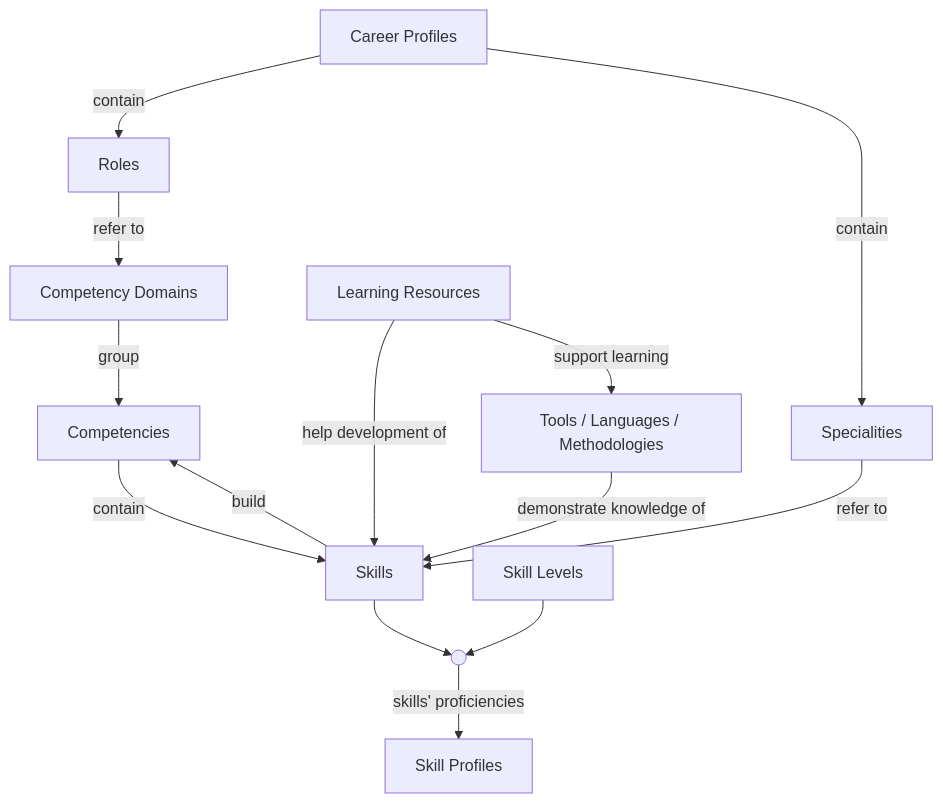
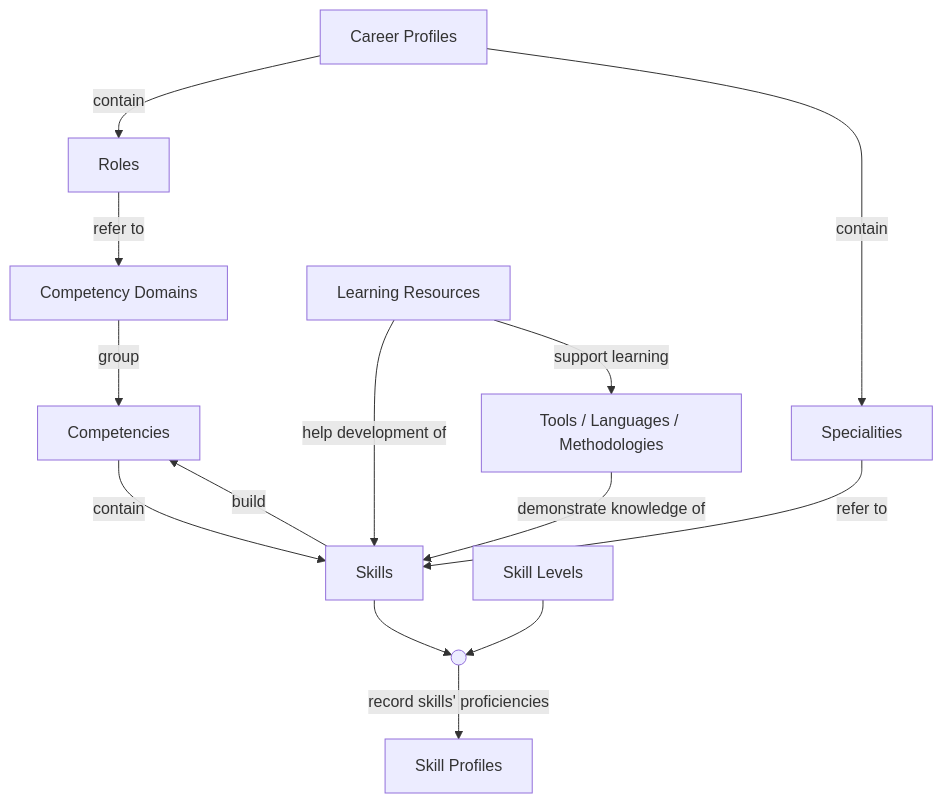
One commit to direct-framework/digital-research-competencies-framework changed the diagram in framework/framework-diagram.md. Above: the diagram before and after it, drawn with Mermaid.

````diff
--- a/framework/framework-diagram.md
+++ b/framework/framework-diagram.md
@@ -12,29 +12,29 @@
 ```mermaid
 flowchart TD
 CD[Competency Domains]
 C[Competencies]
 Sk[Skills]
 SL[Skill Levels]
 TLM[Tools / Languages / Methodologies]
 LR[Learning Resources]
 R[Roles]
 Spec[Specialities]
 CP[Career Profiles]
 SP[Skill Profiles]
 
 CD -- group --> C
 C -- contain --> Sk
 Sk -- build --> C
 TLM -- demonstrate knowledge of --> Sk
 LR -- help development of --> Sk
 LR -- support learning --> TLM
 CP -- contain --> R
 CP -- contain --> Spec
 R -- refer to --> CD
 Spec -- refer to --> Sk
 
 SL --> SKILLWITHLEVELCONNECTOR(( ))
 Sk --> SKILLWITHLEVELCONNECTOR
-SKILLWITHLEVELCONNECTOR -- skills' proficiencies --> SP
+SKILLWITHLEVELCONNECTOR -- record skills' proficiencies --> SP
 
 ```
````
